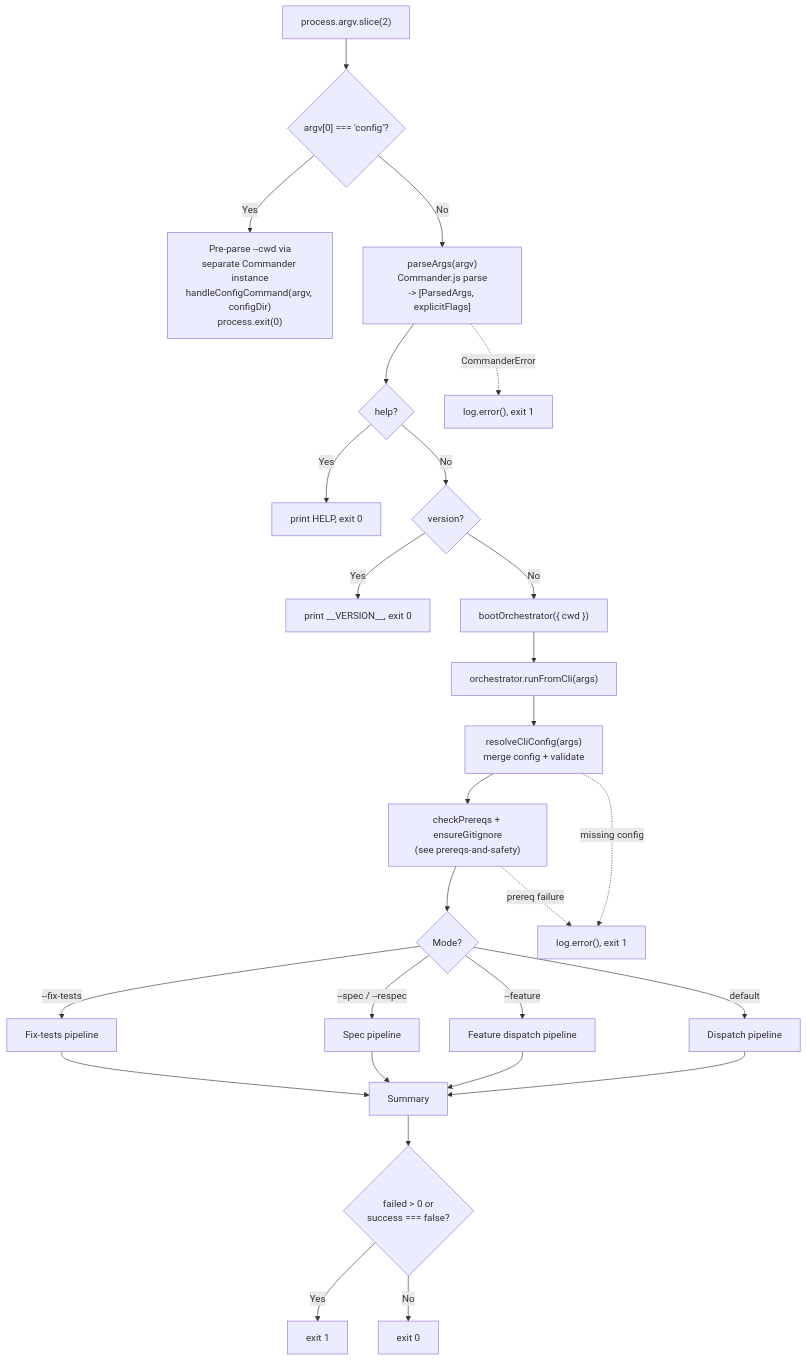
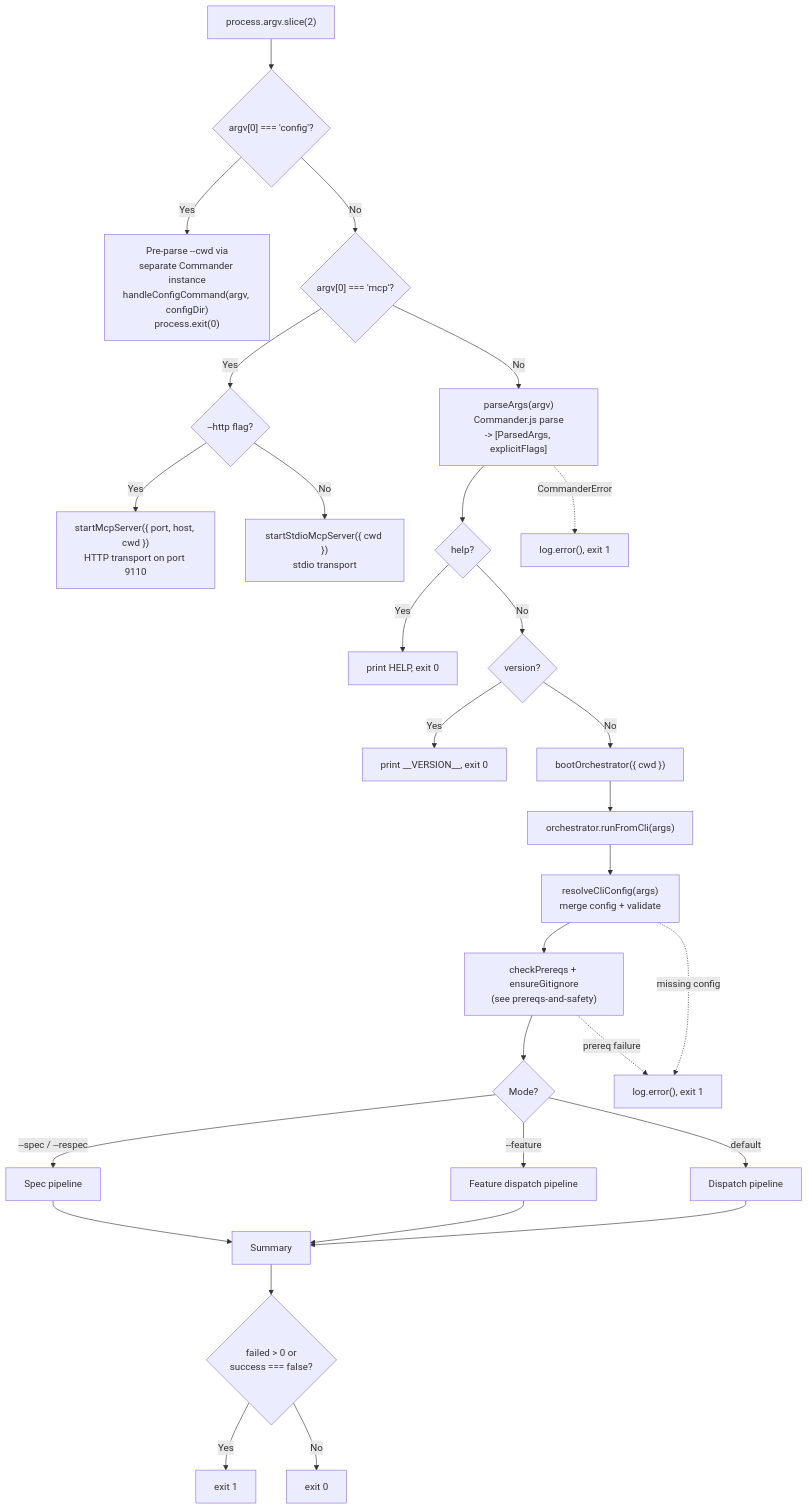
Before and after one commit to PatrickRuddiman/Dispatch: the fourth of 4 diagrams in docs/cli-orchestration/cli.md, drawn with Mermaid. The commit also changed other lines of this file and 252 other files, not shown here.

````diff
--- a/docs/cli-orchestration/cli.md
+++ b/docs/cli-orchestration/cli.md
@@ -573,29 +566,31 @@
 ```mermaid
 flowchart TD
     A["process.argv.slice(2)"] --> B{"argv[0] === 'config'?"}
     B -->|Yes| C["Pre-parse --cwd via<br/>separate Commander instance<br/>handleConfigCommand(argv, configDir)<br/>process.exit(0)"]
-    B -->|No| D["parseArgs(argv)<br/>Commander.js parse<br/>-> [ParsedArgs, explicitFlags]"]
+    B -->|No| B2{"argv[0] === 'mcp'?"}
+    B2 -->|Yes| B3{"--http flag?"}
+    B3 -->|Yes| B4["startMcpServer({ port, host, cwd })<br/>HTTP transport on port 9110"]
+    B3 -->|No| B5["startStdioMcpServer({ cwd })<br/>stdio transport"]
+    B2 -->|No| D["parseArgs(argv)<br/>Commander.js parse<br/>-> [ParsedArgs, explicitFlags]"]
     D --> E{"help?"}
     E -->|Yes| F["print HELP, exit 0"]
     E -->|No| G{"version?"}
     G -->|Yes| H["print __VERSION__, exit 0"]
     G -->|No| I["bootOrchestrator({ cwd })"]
     I --> J["orchestrator.runFromCli(args)"]
     J --> K["resolveCliConfig(args)<br/>merge config + validate"]
     K --> L["checkPrereqs + ensureGitignore<br/>(see prereqs-and-safety)"]
     L --> M{"Mode?"}
-    M -->|--fix-tests| N["Fix-tests pipeline"]
     M -->|--spec / --respec| O["Spec pipeline"]
     M -->|--feature| P2["Feature dispatch pipeline"]
     M -->|default| P["Dispatch pipeline"]
-    N --> Q["Summary"]
-    O --> Q
+    O --> Q["Summary"]
     P --> Q
     P2 --> Q
     Q --> R{"failed > 0 or<br/>success === false?"}
     R -->|Yes| S["exit 1"]
     R -->|No| T["exit 0"]
     D -.->|CommanderError| U["log.error(), exit 1"]
     K -.->|missing config| V["log.error(), exit 1"]
     L -.->|prereq failure| V
 ```
````
